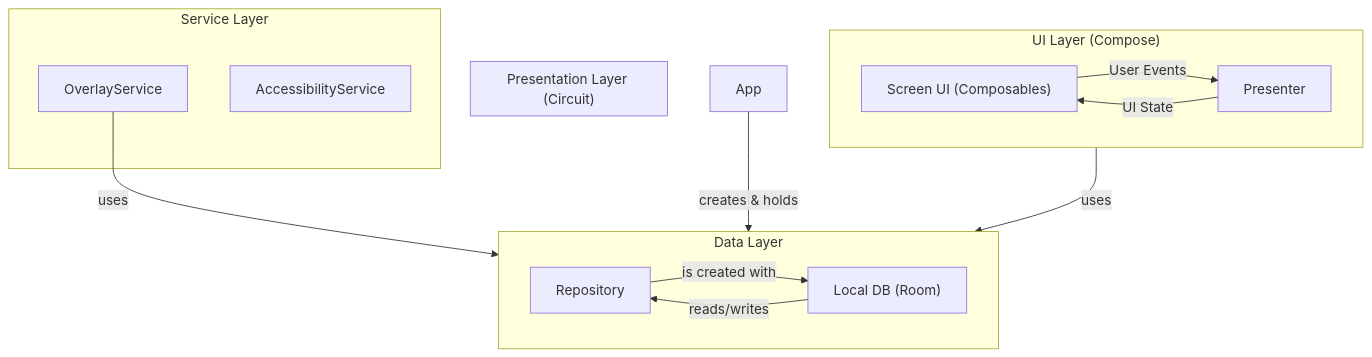
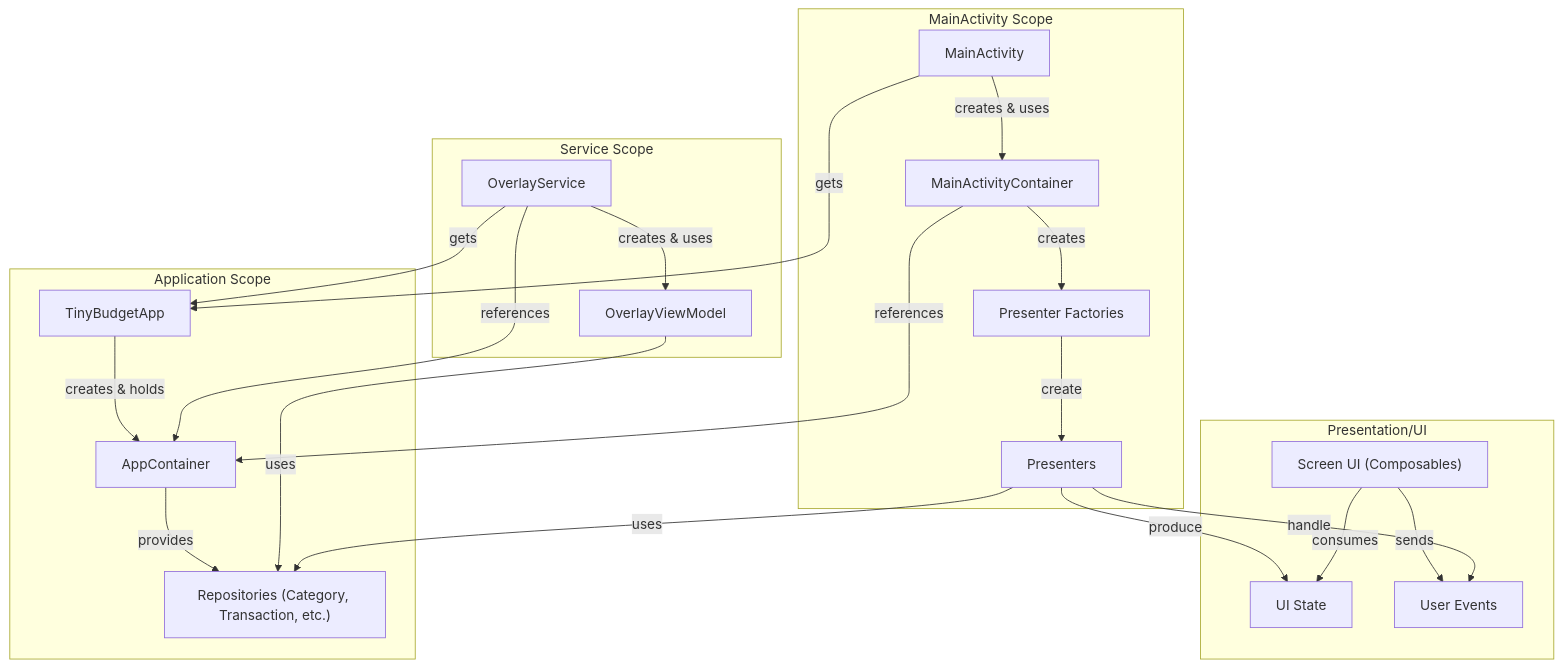
The diagram in docs/architecture.md (arashiyama11/TinyBudget), drawn with Mermaid before and after one commit. The commit also changed other lines of this file, not shown here.

````diff
--- a/docs/architecture.md
+++ b/docs/architecture.md
@@ -39,30 +58,31 @@
 ```mermaid
 graph TD
-    subgraph "UI Layer (Compose)"
-        direction LR
-        ScreenUI["Screen UI (Composables)"] -- "User Events" --> Presenter
-        Presenter -- "UI State" --> ScreenUI
+    subgraph "Application Scope"
+        TinyBudgetApp -- "creates & holds" --> AppContainer
+        AppContainer -- "provides" --> Repositories["Repositories (Category, Transaction, etc.)"]
     end
 
-    subgraph "Presentation Layer (Circuit)"
-        Presenter
+    subgraph "MainActivity Scope"
+        MainActivity -- "creates & uses" --> MainActivityContainer
+        MainActivityContainer -- "references" --> AppContainer
+        MainActivityContainer -- "creates" --> PresenterFactories["Presenter Factories"]
+        PresenterFactories -- "create" --> Presenters
     end
 
-    subgraph "Data Layer"
-        direction LR
-        Repository
-        LocalDataSource["Local DB (Room)"] -- reads/writes --> Repository
+    subgraph "Service Scope"
+        OverlayService -- "references" --> AppContainer
+        OverlayService -- "creates & uses" --> OverlayViewModel
+        OverlayViewModel -- "uses" --> Repositories
     end
 
-    subgraph "Service Layer"
-        OverlayService
-        AccessibilityService
+    subgraph "Presentation/UI"
+        Presenters -- "uses" --> Repositories
+        Presenters -- "produce" --> UiState["UI State"]
+        ScreenUi["Screen UI (Composables)"] -- "consumes" --> UiState
+        ScreenUi -- "sends" --> UiEvents["User Events"]
+        Presenters -- "handle" --> UiEvents
     end
 
-
-    Presenter -- "uses" --> Repository
-    OverlayService -- "uses" --> Repository
-
-    App -- "creates & holds" --> Repository
-    Repository -- "is created with" --> LocalDataSource
+    MainActivity -- "gets" --> TinyBudgetApp
+    OverlayService -- "gets" --> TinyBudgetApp
 ```
````
